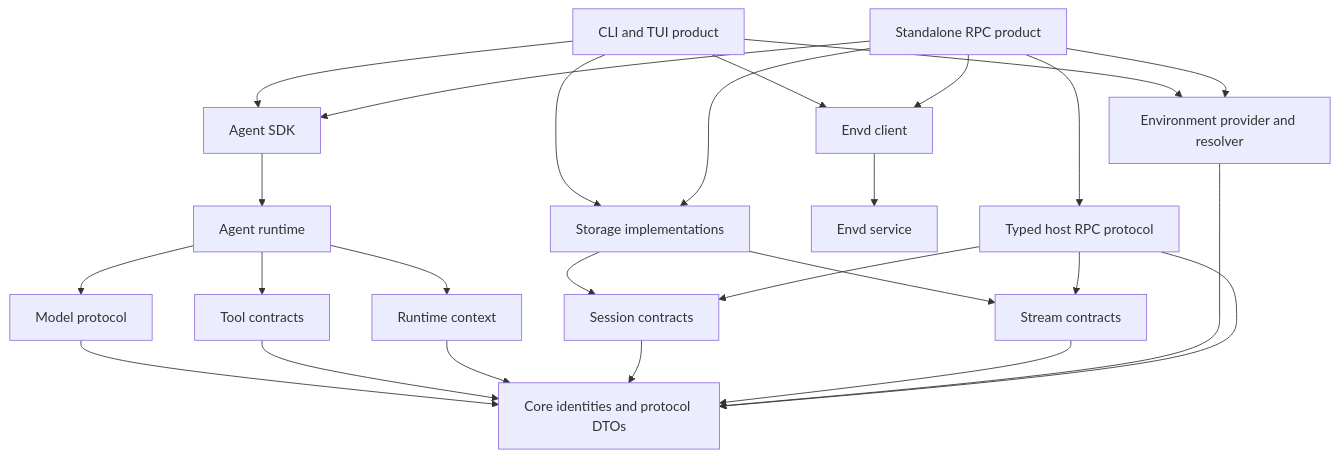
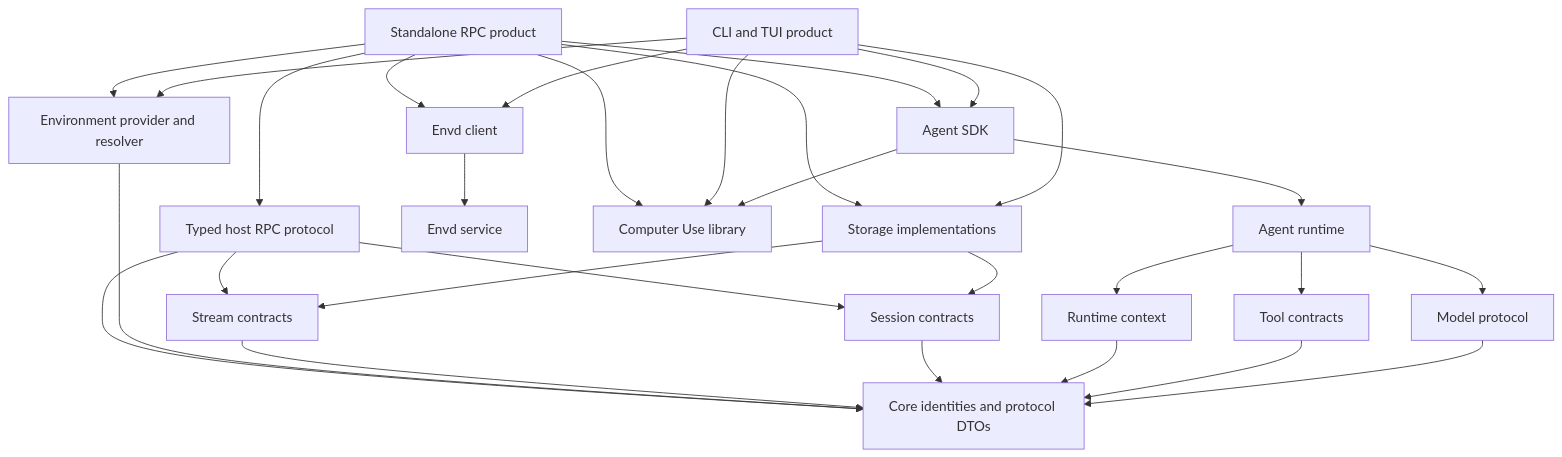
The diagram in spec/ops/00-product-boundaries.md (Wh1isper/starweaver), drawn with Mermaid before and after one commit. The commit also changed other lines of this file and 123 other files, not shown here.

````diff
--- a/spec/ops/00-product-boundaries.md
+++ b/spec/ops/00-product-boundaries.md
@@ -21,46 +23,50 @@
 ```mermaid
 flowchart TD
     core[Core identities and protocol DTOs]
     model[Model protocol]
     tools[Tool contracts]
     context[Runtime context]
     runtime[Agent runtime]
     agent[Agent SDK]
     session[Session contracts]
     stream[Stream contracts]
     storage[Storage implementations]
     environment[Environment provider and resolver]
     envd_client[Envd client]
     envd[Envd service]
+    computer[Computer Use library]
     cli[CLI and TUI product]
     rpc_core[Typed host RPC protocol]
     rpc[Standalone RPC product]
 
     model --> core
     tools --> core
     context --> core
     runtime --> model
     runtime --> tools
     runtime --> context
     agent --> runtime
+    agent --> computer
     session --> core
     stream --> core
     storage --> session
     storage --> stream
     environment --> core
     envd_client --> envd
 
     cli --> agent
+    cli --> computer
     cli --> storage
     cli --> environment
     cli --> envd_client
 
     rpc_core --> core
     rpc_core --> session
     rpc_core --> stream
     rpc --> rpc_core
     rpc --> agent
+    rpc --> computer
     rpc --> storage
     rpc --> environment
     rpc --> envd_client
 ```
````
